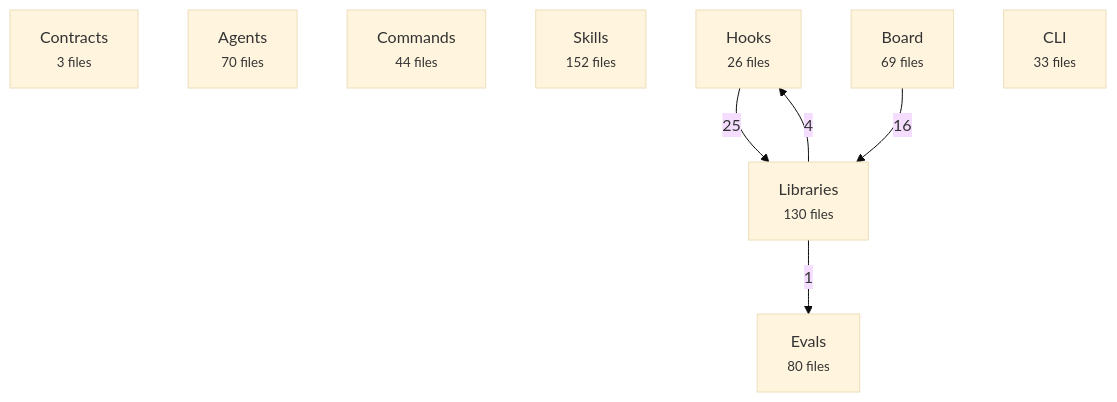
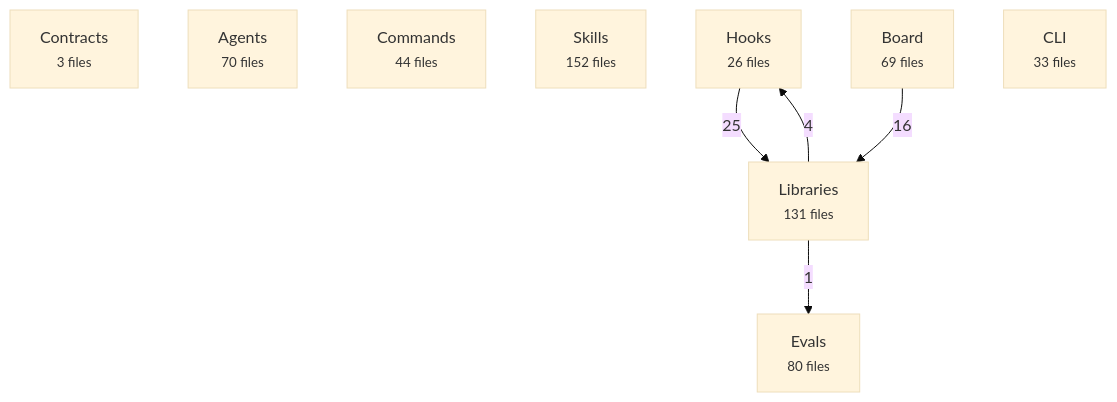
One commit to avelikiy/great_cto changed the first of 2 diagrams in docs/reference/architecture-map.md. Above: the diagram before and after it, drawn with Mermaid (base theme). The commit also changed other lines of this file and 4 other files, not shown here.

````diff
--- a/docs/reference/architecture-map.md
+++ b/docs/reference/architecture-map.md
@@ -20,16 +20,16 @@
 ```mermaid
 flowchart TD
   contracts["Contracts<br/><small>3 files</small>"]
   agents["Agents<br/><small>70 files</small>"]
   commands["Commands<br/><small>44 files</small>"]
   skills["Skills<br/><small>152 files</small>"]
   hooks["Hooks<br/><small>26 files</small>"]
-  libs["Libraries<br/><small>130 files</small>"]
+  libs["Libraries<br/><small>131 files</small>"]
   board["Board<br/><small>69 files</small>"]
   cli["CLI<br/><small>33 files</small>"]
   evals["Evals<br/><small>80 files</small>"]
   hooks -->|25| libs
   board -->|16| libs
   libs -->|4| hooks
   libs -->|1| evals
 ```
````
